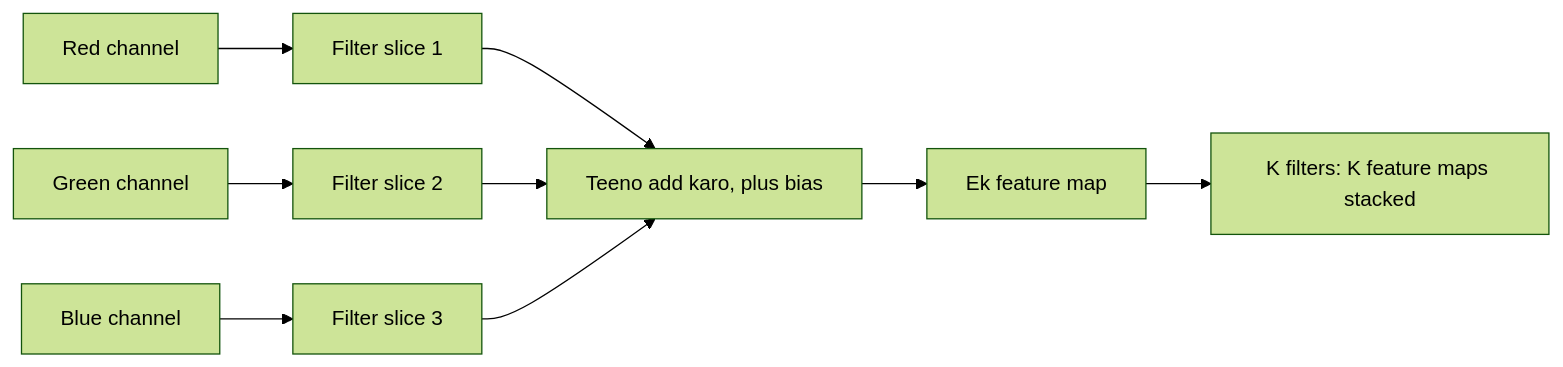
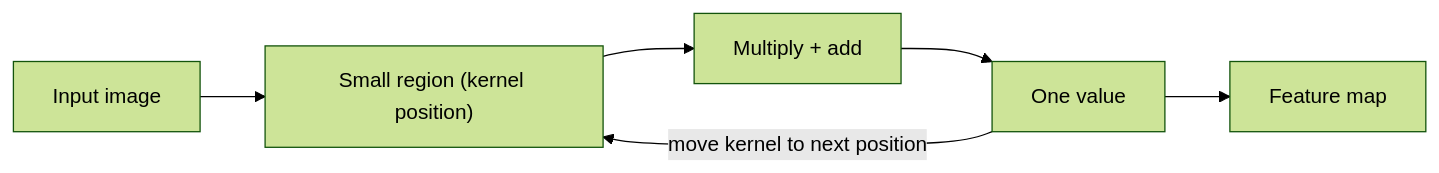
The second of 4 diagrams in content/deep-learning/notes/cnn.hi.mdx (TrendySloth1001/sem-seven-notes), drawn with Mermaid (forest theme) before and after one commit. The commit also changed other lines of this file and 23 other files, not shown here.

````diff
--- a/content/deep-learning/notes/cnn.hi.mdx
+++ b/content/deep-learning/notes/cnn.hi.mdx
@@ -283,12 +170,9 @@
 ```mermaid
-%% caption: Multichannel convolution. Ek filter mein har input channel ki ek slice hoti hai. Teeno slice results add hoke ek feature map bante hain. K filters se K channels ka output milta hai.
+%% caption: Ek convolution step. Kernel ek chhota region cover karta hai, multiply aur add karta hai, aur feature map mein ek value likhta hai. Phir agli position par jaakar dobara karta hai.
 flowchart LR
-  R["Red channel"] --> SR["Filter slice 1"]
-  G["Green channel"] --> SG["Filter slice 2"]
-  B["Blue channel"] --> SB["Filter slice 3"]
-  SR --> ADD["Teeno add karo, plus bias"]
-  SG --> ADD
-  SB --> ADD
-  ADD --> FM["Ek feature map"]
-  FM --> OUT["K filters: K feature maps stacked"]
+  A["Input image"] --> B["Small region (kernel position)"]
+  B --> C["Multiply + add"]
+  C --> D["One value"]
+  D --> E["Feature map"]
+  D -->|"move kernel to next position"| B
 ```
````
